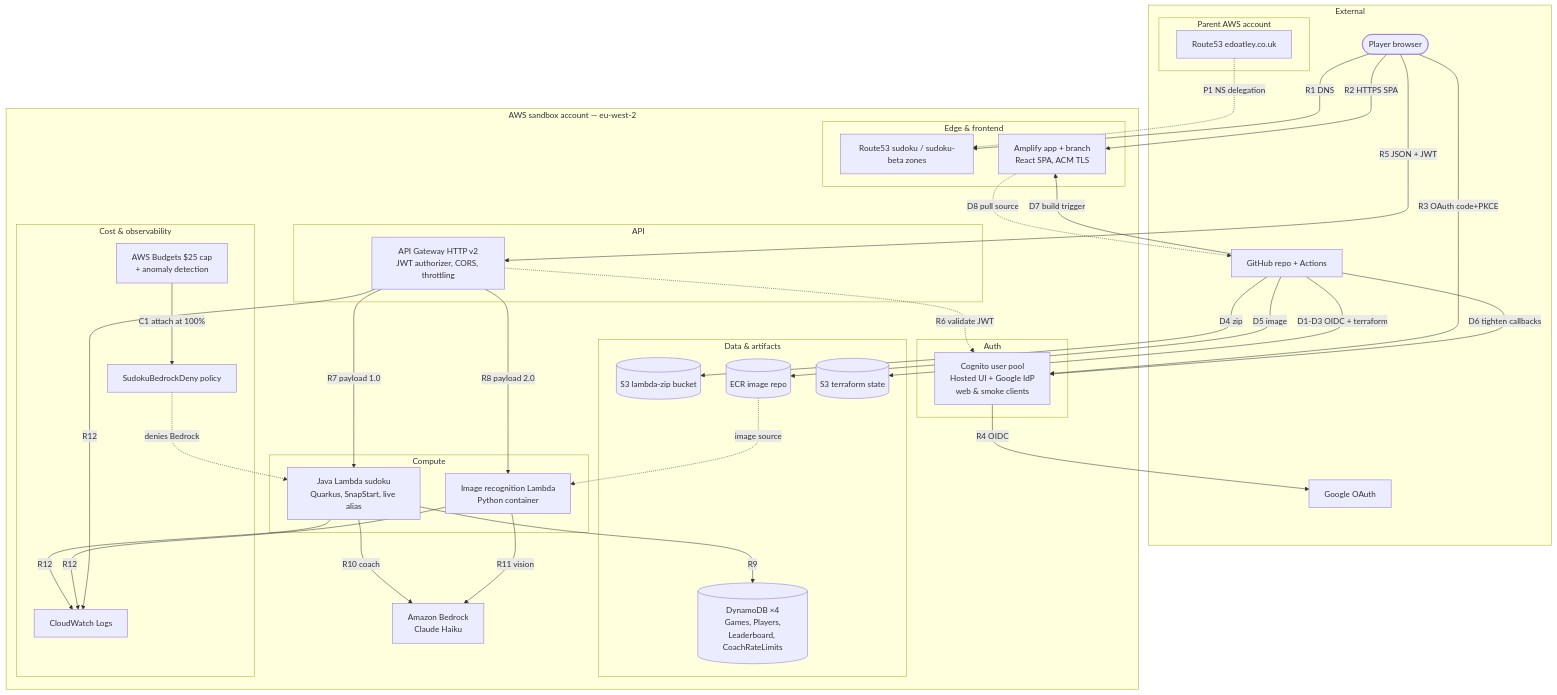
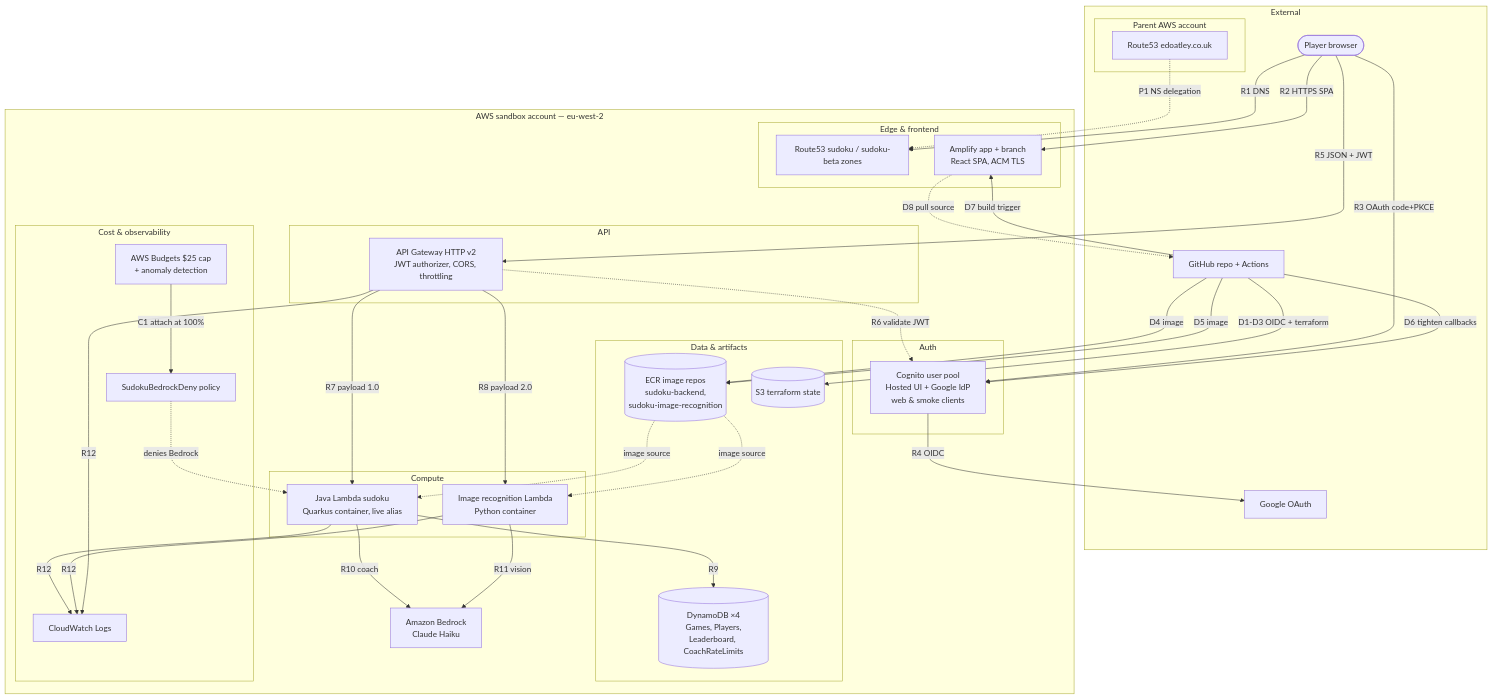
One commit to edoatley/sudoku-app changed the diagram in docs/architecture.md. Above: the diagram before and after it, drawn with Mermaid. The commit also changed other lines of this file and 27 other files, not shown here.

````diff
--- a/docs/architecture.md
+++ b/docs/architecture.md
@@ -193,70 +192,70 @@
 ```mermaid
 flowchart TB
     subgraph External
         USER([Player browser])
         GOOGLE[Google OAuth]
         GH[GitHub repo + Actions]
         subgraph ParentAccount["Parent AWS account"]
             R53P[Route53 edoatley.co.uk]
         end
     end
 
     subgraph Sandbox["AWS sandbox account — eu-west-2"]
         subgraph Edge["Edge & frontend"]
             R53[Route53 sudoku / sudoku-beta zones]
             AMP[Amplify app + branch<br/>React SPA, ACM TLS]
         end
 
         subgraph Auth
             COG[Cognito user pool<br/>Hosted UI + Google IdP<br/>web & smoke clients]
         end
 
         subgraph API
             APIGW[API Gateway HTTP v2<br/>JWT authorizer, CORS, throttling]
         end
 
         subgraph Compute
-            JLAM[Java Lambda sudoku<br/>Quarkus, SnapStart, live alias]
+            JLAM[Java Lambda sudoku<br/>Quarkus container, live alias]
             ILAM[Image recognition Lambda<br/>Python container]
         end
 
         subgraph Data["Data & artifacts"]
             DDB[(DynamoDB ×4<br/>Games, Players,<br/>Leaderboard, CoachRateLimits)]
-            S3Z[(S3 lambda-zip bucket)]
-            ECR[(ECR image repo)]
+            ECR[(ECR image repos<br/>sudoku-backend,<br/>sudoku-image-recognition)]
             S3S[(S3 terraform state)]
         end
 
         BR[Amazon Bedrock<br/>Claude Haiku]
 
         subgraph Ops["Cost & observability"]
             BUD[AWS Budgets $25 cap<br/>+ anomaly detection]
             DENY[SudokuBedrockDeny policy]
             CW[CloudWatch Logs]
         end
     end
 
     R53P -.->|P1 NS delegation| R53
     USER -->|R1 DNS| R53
     USER -->|R2 HTTPS SPA| AMP
     USER -->|R3 OAuth code+PKCE| COG
     COG -->|R4 OIDC| GOOGLE
     USER -->|R5 JSON + JWT| APIGW
     APIGW -.->|R6 validate JWT| COG
     APIGW -->|R7 payload 1.0| JLAM
     APIGW -->|R8 payload 2.0| ILAM
     JLAM -->|R9| DDB
     JLAM -->|R10 coach| BR
     ILAM -->|R11 vision| BR
     JLAM & ILAM & APIGW -->|R12| CW
     BUD -->|C1 attach at 100%| DENY
     DENY -.->|denies Bedrock| JLAM
 
     GH -->|D1-D3 OIDC + terraform| S3S
-    GH -->|D4 zip| S3Z
+    GH -->|D4 image| ECR
     GH -->|D5 image| ECR
     GH -->|D6 tighten callbacks| COG
     GH -->|D7 build trigger| AMP
     AMP -.->|D8 pull source| GH
+    ECR -.->|image source| JLAM
     ECR -.->|image source| ILAM
 ```
````
